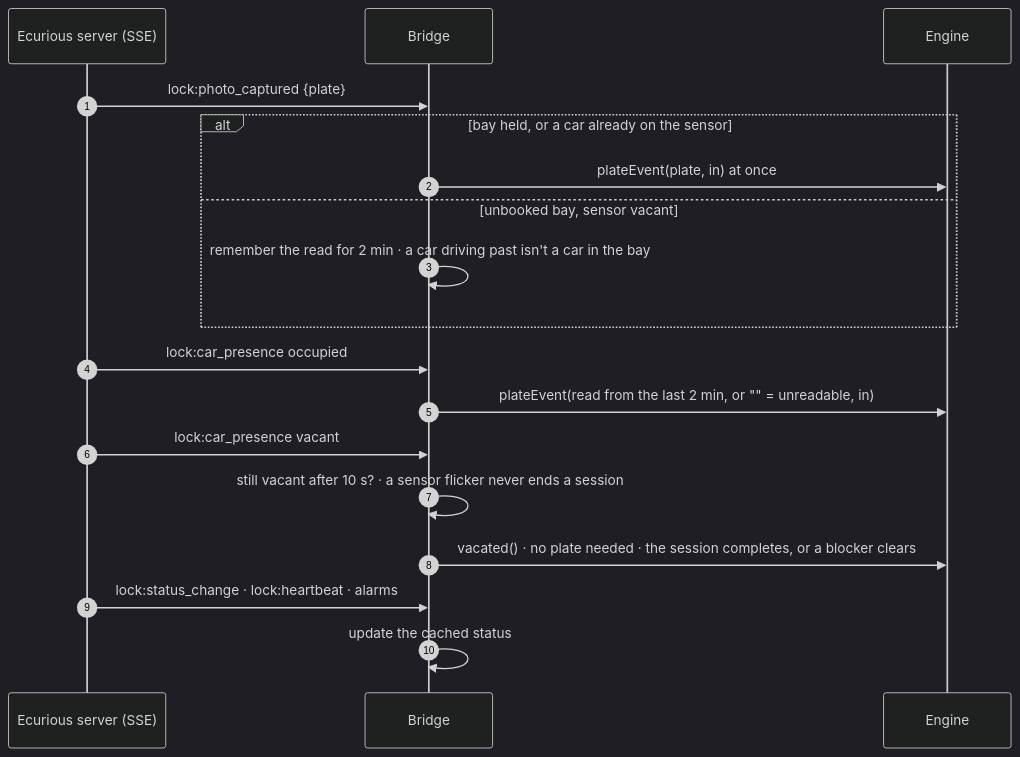
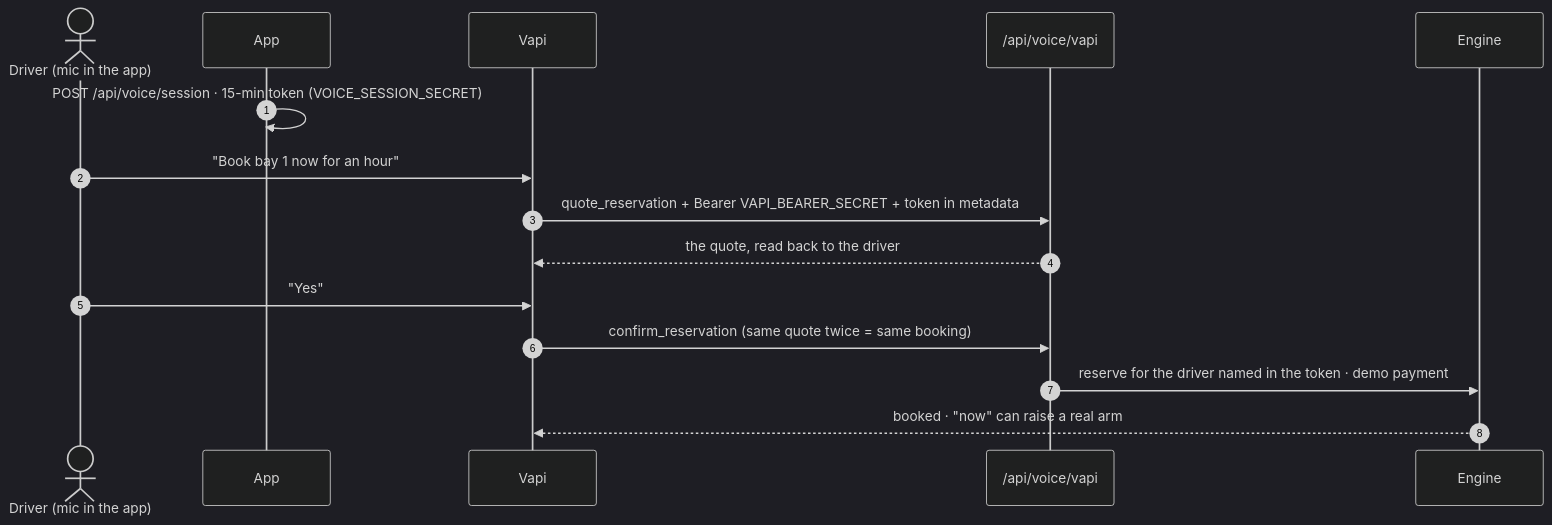
One commit to mohamedaminehamdi/BayWatch changed the sixth of 6 diagrams in docs/data-flows.md. Above: the diagram before and after it, drawn with Mermaid (dark theme). The commit also changed other lines of this file and 62 other files, not shown here.

````diff
--- a/docs/data-flows.md
+++ b/docs/data-flows.md
@@ -225,20 +119,17 @@
 ```mermaid
 sequenceDiagram
   autonumber
-  participant ES as Ecurious server (SSE)
-  participant BR as Bridge
+  actor D as Driver (mic in the app)
+  participant APP as App
+  participant V as Vapi
+  participant API as /api/voice/vapi
   participant E as Engine
-  ES->>BR: lock:photo_captured {plate}
-  alt bay held, or a car already on the sensor
-    BR->>E: plateEvent(plate, in) at once
-  else unbooked bay, sensor vacant
-    BR->>BR: remember the read for 2 min · a car driving past isn't a car in the bay
-  end
-  ES->>BR: lock:car_presence occupied
-  BR->>E: plateEvent(read from the last 2 min, or "" = unreadable, in)
-  ES->>BR: lock:car_presence vacant
-  BR->>BR: still vacant after 10 s? · a sensor flicker never ends a session
-  BR->>E: vacated() · no plate needed · the session completes, or a blocker clears
-  ES->>BR: lock:status_change · lock:heartbeat · alarms
-  BR->>BR: update the cached status
+  APP->>APP: POST /api/voice/session · 15-min token (VOICE_SESSION_SECRET)
+  D->>V: "Book bay 1 now for an hour"
+  V->>API: quote_reservation + Bearer VAPI_BEARER_SECRET + token in metadata
+  API-->>V: the quote, read back to the driver
+  D->>V: "Yes"
+  V->>API: confirm_reservation (same quote twice = same booking)
+  API->>E: reserve for the driver named in the token · demo payment
+  E-->>V: booked · "now" can raise a real arm
 ```
````
